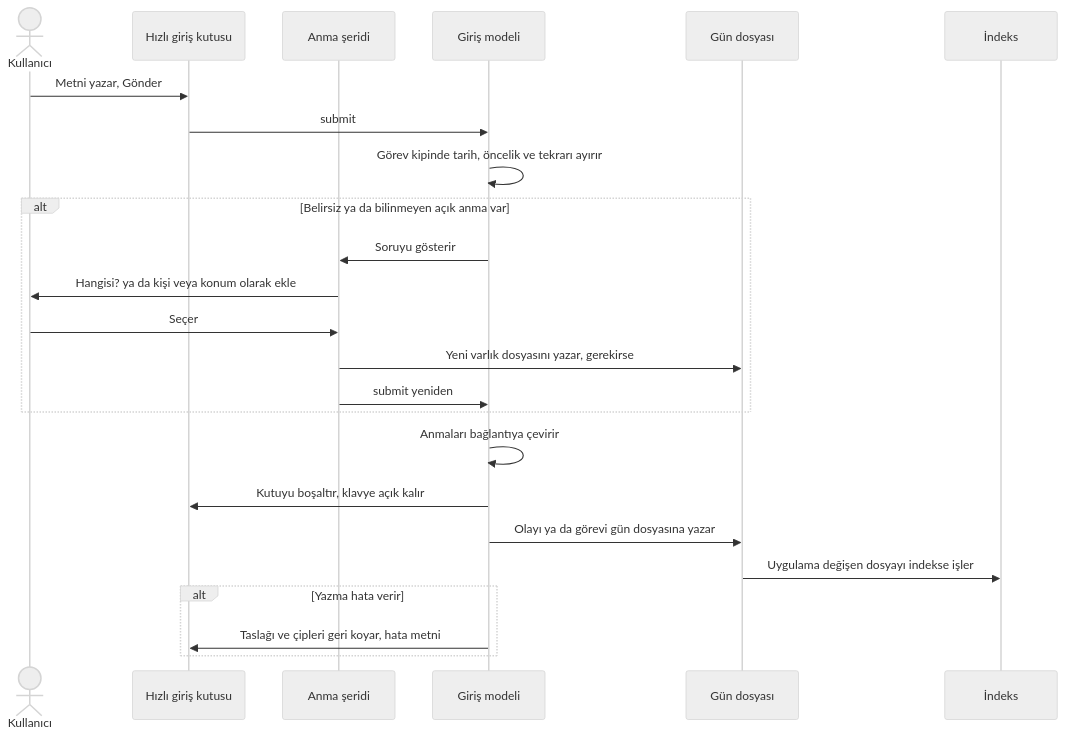
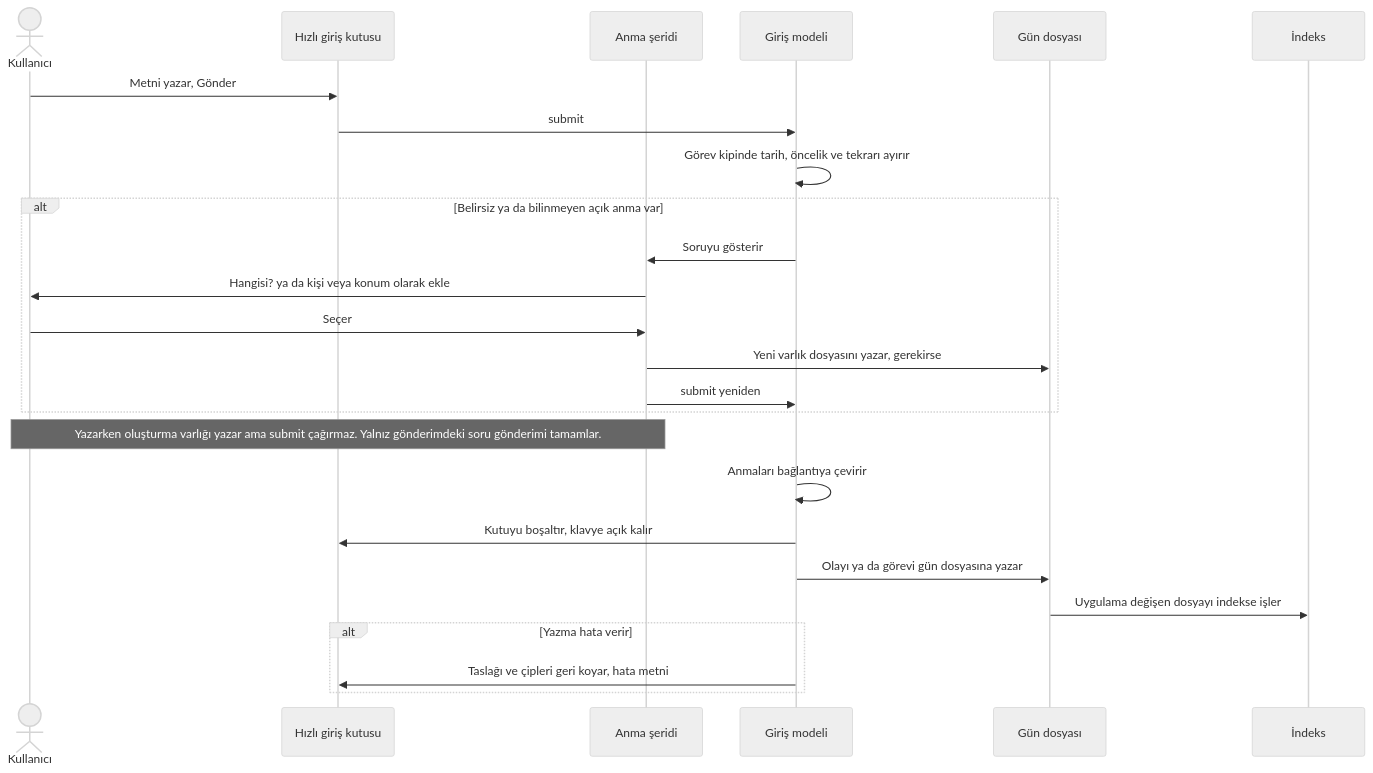
One commit to dogancanyildiz/kenet changed the sixth of 18 diagrams in docs/screens.md. Above: the diagram before and after it, drawn with Mermaid (neutral theme). The commit also changed other lines of this file and 10 other files, not shown here.

````diff
--- a/docs/screens.md
+++ b/docs/screens.md
@@ -361,26 +363,27 @@
 ```mermaid
 sequenceDiagram
     actor Kullanici as Kullanıcı
     participant Kutu as Hızlı giriş kutusu
     participant Serit as Anma şeridi
     participant Model as Giriş modeli
     participant Kasa as Gün dosyası
     participant Indeks as İndeks
     Kullanici->>Kutu: Metni yazar, Gönder
     Kutu->>Model: submit
     Model->>Model: Görev kipinde tarih, öncelik ve tekrarı ayırır
     alt Belirsiz ya da bilinmeyen açık anma var
         Model->>Serit: Soruyu gösterir
         Serit->>Kullanici: Hangisi? ya da kişi veya konum olarak ekle
         Kullanici->>Serit: Seçer
         Serit->>Kasa: Yeni varlık dosyasını yazar, gerekirse
         Serit->>Model: submit yeniden
     end
+    Note over Kullanici,Serit: Yazarken oluşturma varlığı yazar ama submit çağırmaz. Yalnız gönderimdeki soru gönderimi tamamlar.
     Model->>Model: Anmaları bağlantıya çevirir
     Model->>Kutu: Kutuyu boşaltır, klavye açık kalır
     Model->>Kasa: Olayı ya da görevi gün dosyasına yazar
     Kasa->>Indeks: Uygulama değişen dosyayı indekse işler
     alt Yazma hata verir
         Model->>Kutu: Taslağı ve çipleri geri koyar, hata metni
     end
 ```
````
